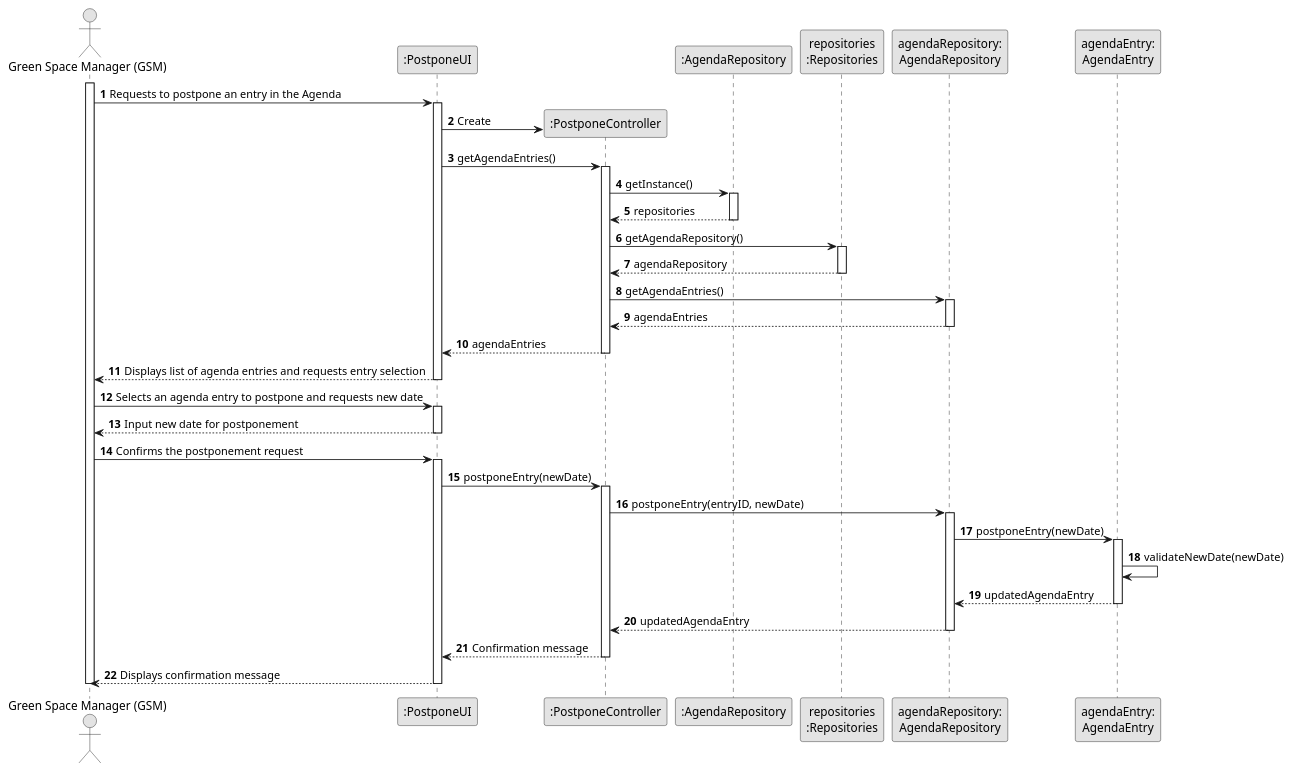
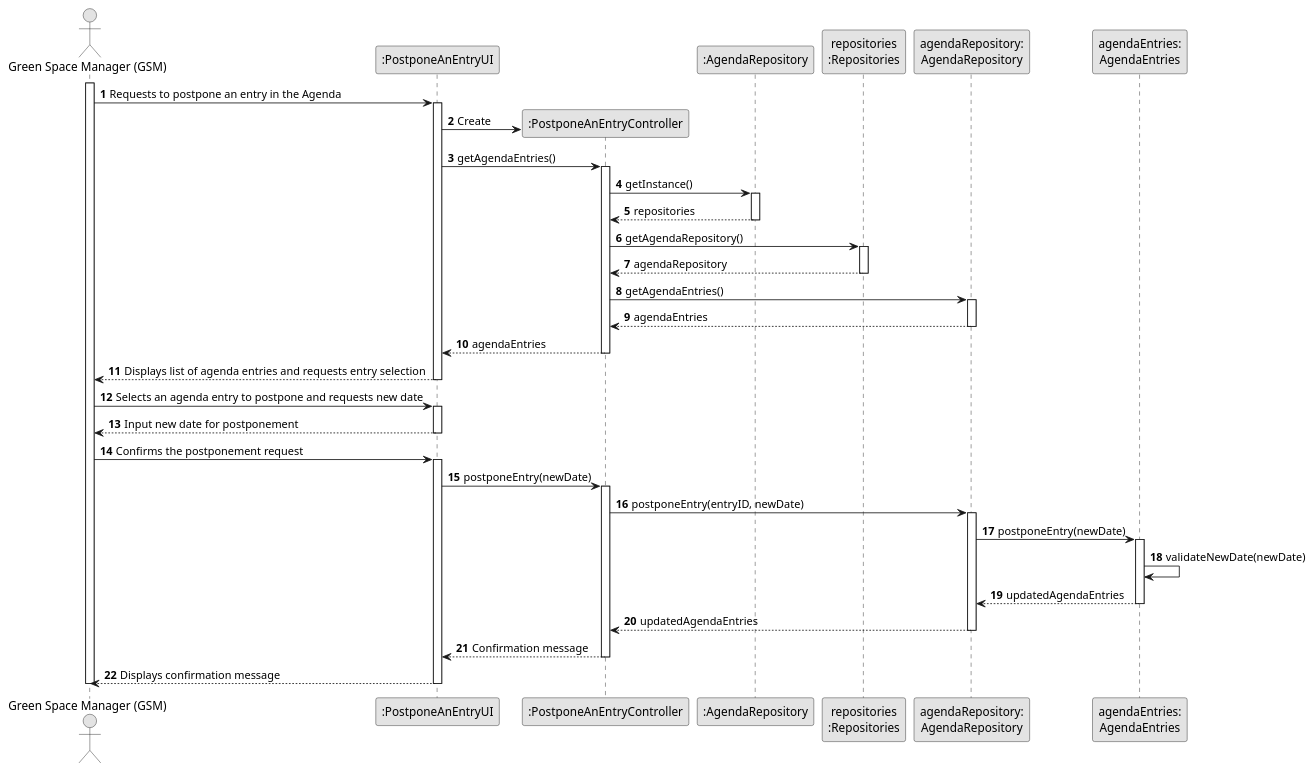
Before and after one commit to rpedros02/lei-24-s2-1DL-g08: the diagram in docs/sprintC/us024/03.design/puml/us024-sequence-diagram-full.puml, drawn with PlantUML. The commit also changed 1 other file, not shown here.

Commit message:
update of US24- PostPoneAnEntry in the Agenda

```diff
--- a/docs/sprintC/us024/03.design/puml/us024-sequence-diagram-full.puml
+++ b/docs/sprintC/us024/03.design/puml/us024-sequence-diagram-full.puml
@@ -1,65 +1,65 @@
 @startuml
 skinparam monochrome true
 skinparam packageStyle rectangle
 skinparam shadowing false
 
 autonumber
 
 actor "Green Space Manager (GSM)" as GSM
-participant ":PostponeUI" as UI
-participant ":PostponeController" as CTRL
+participant ":PostponeAnEntryUI" as UI
+participant ":PostponeAnEntryController" as CTRL
 participant ":AgendaRepository" as REP
 participant "repositories\n:Repositories" as PLAT
 participant "agendaRepository:\nAgendaRepository" as AGREP
-participant "agendaEntry:\nAgendaEntry" as AgendaEntry
+participant "agendaEntries:\nAgendaEntries" as AgendaEntries
 
 activate GSM
 
 GSM -> UI : Requests to postpone an entry in the Agenda
 activate UI
 UI -> CTRL** : Create
 UI -> CTRL : getAgendaEntries()
 activate CTRL
 CTRL -> REP : getInstance()
 activate REP
 REP --> CTRL: repositories
 deactivate REP
 CTRL -> PLAT : getAgendaRepository()
 activate PLAT
 PLAT --> CTRL: agendaRepository
 deactivate PLAT
 CTRL -> AGREP : getAgendaEntries()
 activate AGREP
 AGREP --> CTRL : agendaEntries
 deactivate AGREP
 CTRL --> UI : agendaEntries
 deactivate CTRL
 UI --> GSM : Displays list of agenda entries and requests entry selection
 deactivate UI
 
 GSM -> UI : Selects an agenda entry to postpone and requests new date
 activate UI
 UI --> GSM : Input new date for postponement
 deactivate UI
 
 GSM -> UI : Confirms the postponement request
 activate UI
 UI -> CTRL : postponeEntry(newDate)
 activate CTRL
 CTRL -> AGREP : postponeEntry(entryID, newDate)
 activate AGREP
-AGREP -> AgendaEntry : postponeEntry(newDate)
-activate AgendaEntry
-AgendaEntry -> AgendaEntry : validateNewDate(newDate)
-AgendaEntry --> AGREP : updatedAgendaEntry
-deactivate AgendaEntry
-AGREP --> CTRL : updatedAgendaEntry
+AGREP -> AgendaEntries : postponeEntry(newDate)
+activate AgendaEntries
+AgendaEntries -> AgendaEntries : validateNewDate(newDate)
+AgendaEntries --> AGREP : updatedAgendaEntries
+deactivate AgendaEntries
+AGREP --> CTRL : updatedAgendaEntries
 deactivate AGREP
 CTRL --> UI : Confirmation message
 deactivate CTRL
 UI --> GSM : Displays confirmation message
 deactivate UI
 
 deactivate GSM
 
 @enduml
```
